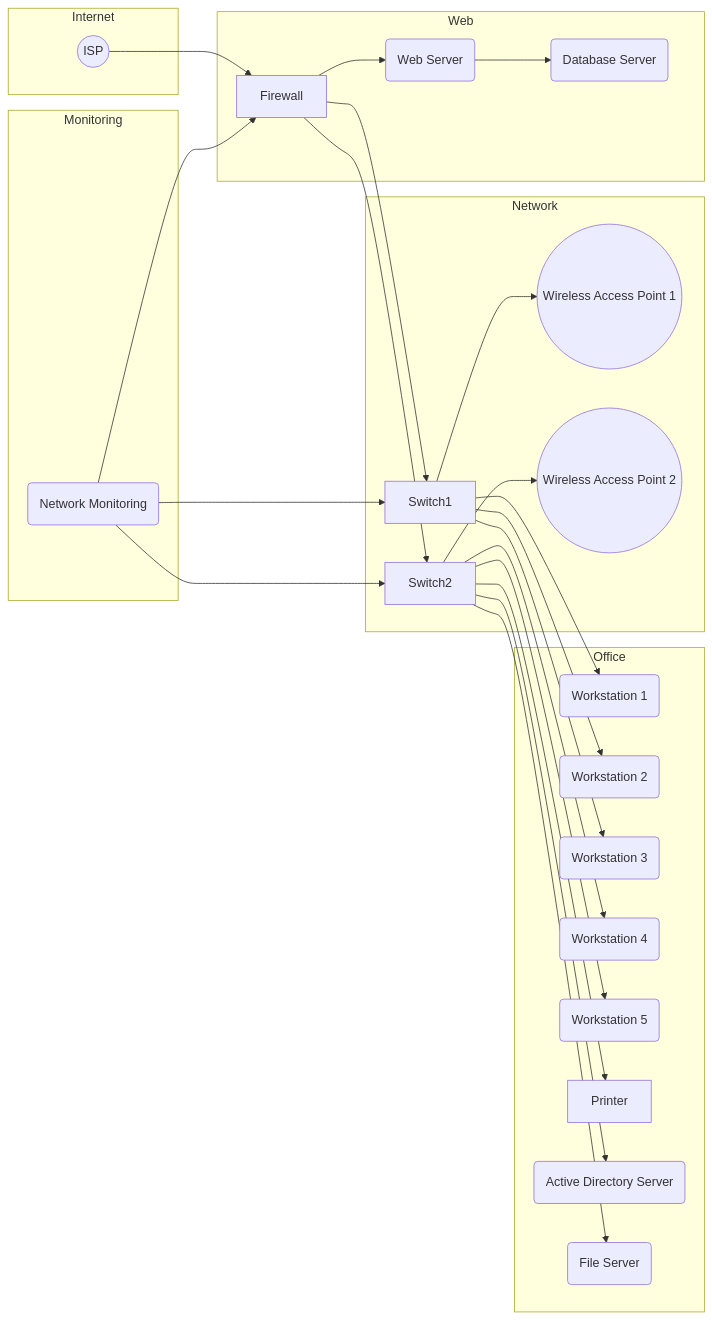
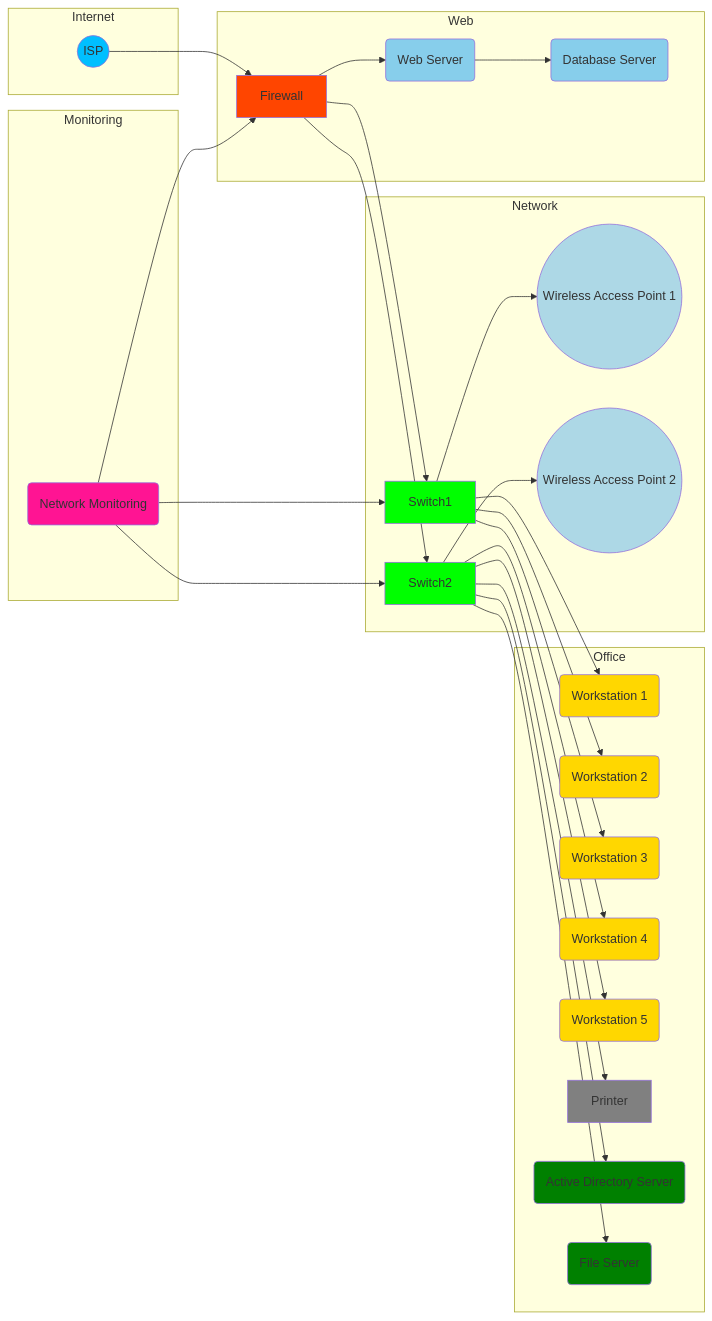
The diagram in 02_NTW/02_NTW_07_caseStudy/verslag.md (techgrounds/techgrounds-techgroundsStudent), drawn with Mermaid before and after one commit.

````diff
--- a/02_NTW/02_NTW_07_caseStudy/verslag.md
+++ b/02_NTW/02_NTW_07_caseStudy/verslag.md
@@ -16,54 +16,71 @@
 ```mermaid
-flowchart LR
+graph LR
 
 subgraph Office
   WS1(Workstation 1)
   WS2(Workstation 2)
   WS3(Workstation 3)
   WS4(Workstation 4)
   WS5(Workstation 5)
   Printer
   AD(Active Directory Server)
   FS(File Server)
+  style WS1 fill:#FFD700
+  style WS2 fill:#FFD700
+  style WS3 fill:#FFD700
+  style WS4 fill:#FFD700
+  style WS5 fill:#FFD700
+  style Printer fill:#808080
+  style AD fill:#008000
+  style FS fill:#008000
 end
 
 subgraph Internet
   ISP((ISP))
+  style ISP fill:#00BFFF
 end
 
 subgraph Web
   Firewall
   WebServer(Web Server)
   DB(Database Server)
+  style Firewall fill:#FF4500
+  style WebServer fill:#87CEEB
+  style DB fill:#87CEEB
 end
 
 subgraph Network
   Switch1
   Switch2
   WAP1((Wireless Access Point 1))
   WAP2((Wireless Access Point 2))
+  style Switch1 fill:#00FF00
+  style Switch2 fill:#00FF00
+  style WAP1 fill:#ADD8E6
+  style WAP2 fill:#ADD8E6
 end
 
 subgraph Monitoring
   NMS(Network Monitoring)
+  style NMS fill:#FF1493
 end
 
 ISP --> Firewall
 Firewall --> WebServer
 WebServer --> DB
 Firewall --> Switch1
 Firewall --> Switch2
 Switch1 --> WS1
 Switch1 --> WS2
 Switch1 --> WS3
 Switch2 --> WS4
 Switch2 --> WS5
 Switch2 --> Printer
 Switch2 --> AD
 Switch2 --> FS
 Switch1 --> WAP1
 Switch2 --> WAP2
 NMS --> Switch1
 NMS --> Switch2
 NMS --> Firewall
 ```
````
